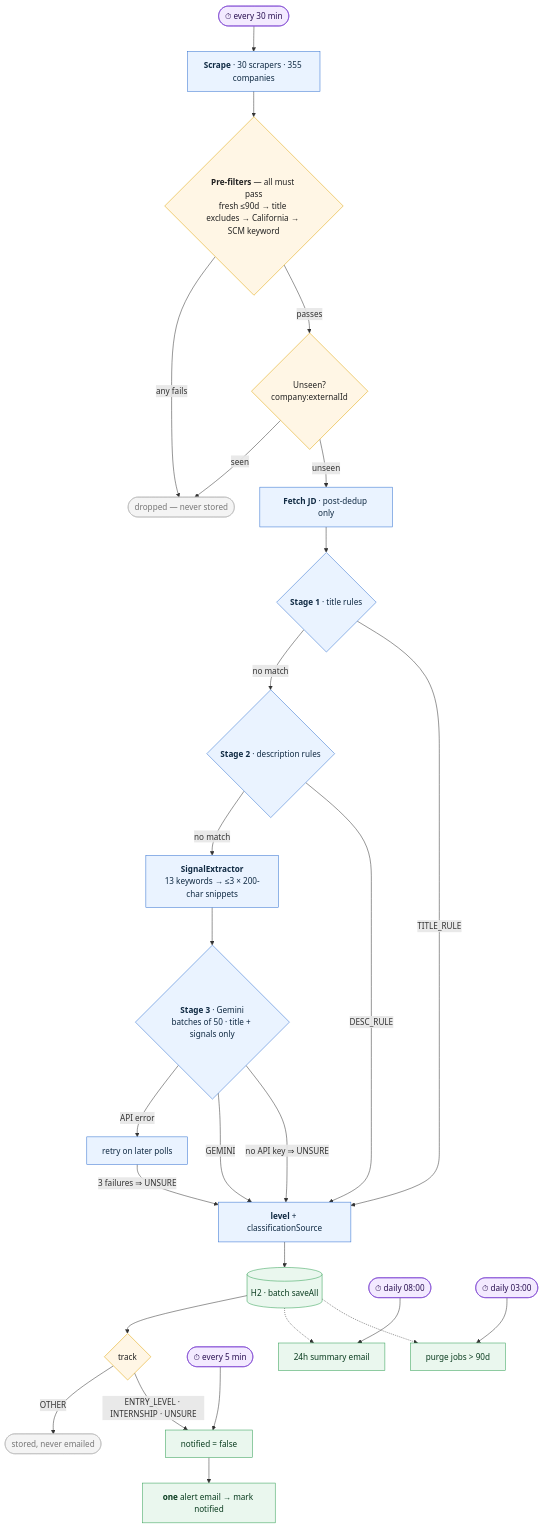
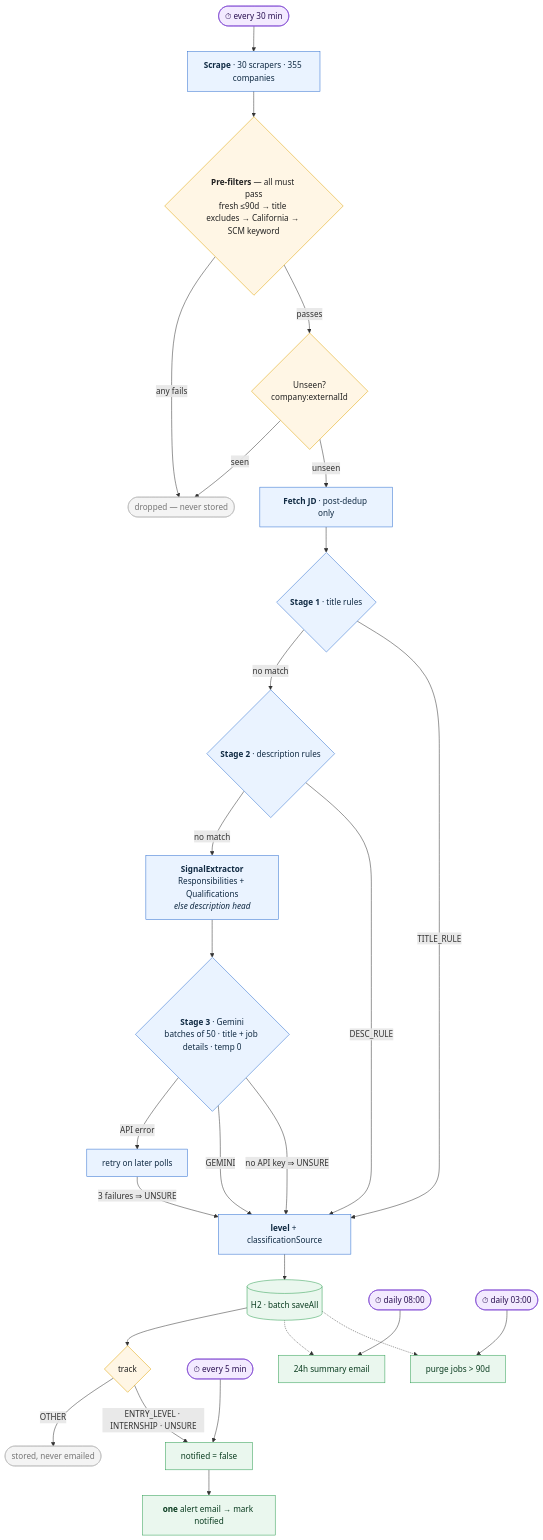
The diagram in README.md (jy732/scm-job-notifier), drawn with Mermaid before and after one commit. The commit also changed other lines of this file and 9 other files, not shown here.

````diff
--- a/README.md
+++ b/README.md
@@ -51,42 +51,42 @@
 ```mermaid
 flowchart TD
     CRON(["⏱ every 30 min"]) --> SCRAPE["<b>Scrape</b> · 30 scrapers · 355 companies"]
     SCRAPE --> GATE{"<b>Pre-filters</b> — all must pass<br/>fresh ≤90d → title excludes → California → SCM keyword"}
     GATE -->|any fails| X(["dropped — never stored"])
     GATE -->|passes| DEDUP{"Unseen?<br/>company:externalId"}
     DEDUP -->|seen| X
     DEDUP -->|unseen| JD["<b>Fetch JD</b> · post-dedup only"]
 
     JD --> S1{"<b>Stage 1</b> · title rules"}
     S1 -->|no match| S2{"<b>Stage 2</b> · description rules"}
-    S2 -->|no match| SIG["<b>SignalExtractor</b><br/>13 keywords → ≤3 × 200-char snippets"]
-    SIG --> S3{"<b>Stage 3</b> · Gemini<br/>batches of 50 · title + signals only"}
+    S2 -->|no match| SIG["<b>SignalExtractor</b><br/>Responsibilities + Qualifications<br/><i>else description head</i>"]
+    SIG --> S3{"<b>Stage 3</b> · Gemini<br/>batches of 50 · title + job details · temp 0"}
     S3 -->|API error| RETRY["retry on later polls"]
 
     S1 -->|"TITLE_RULE"| LEVEL
     S2 -->|"DESC_RULE"| LEVEL
     S3 -->|"GEMINI"| LEVEL
     S3 -->|"no API key ⇒ UNSURE"| LEVEL
     RETRY -->|"3 failures ⇒ UNSURE"| LEVEL
 
     LEVEL["<b>level</b> + classificationSource"] --> DB[("H2 · batch saveAll")]
     DB --> ROUTE{"track"}
     ROUTE -->|OTHER| QUIET(["stored, never emailed"])
     ROUTE -->|"ENTRY_LEVEL · INTERNSHIP · UNSURE"| PEND["notified = false"]
     SCAN(["⏱ every 5 min"]) --> PEND --> EMAIL["<b>one</b> alert email → mark notified"]
     SUM(["⏱ daily 08:00"]) --> DIGEST["24h summary email"]
     CLN(["⏱ daily 03:00"]) --> PURGE["purge jobs > 90d"]
     DB -.-> DIGEST
     DB -.-> PURGE
 
     classDef drop fill:#f4f4f4,stroke:#bbb,color:#777
     classDef gate fill:#fff6e5,stroke:#e0a300,color:#222
     classDef stage fill:#eaf3ff,stroke:#2f6fd0,color:#102a43
     classDef sink fill:#eaf7ee,stroke:#2e9e52,color:#0b3d20
     classDef timer fill:#f3eaff,stroke:#7a3fd0,color:#2a1052
     class X,QUIET drop
     class GATE,DEDUP,ROUTE gate
     class S1,S2,S3,SIG,RETRY,LEVEL,SCRAPE,JD stage
     class DB,EMAIL,DIGEST,PURGE,PEND sink
     class CRON,SCAN,SUM,CLN timer
 ```
````
